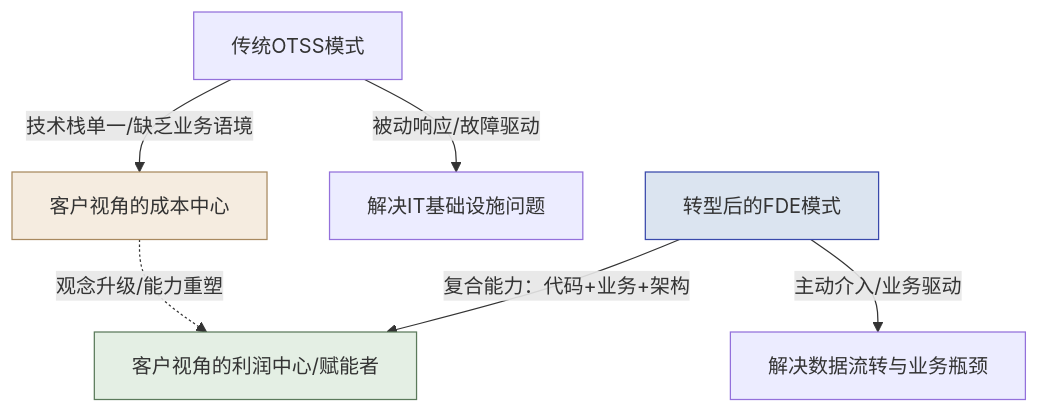
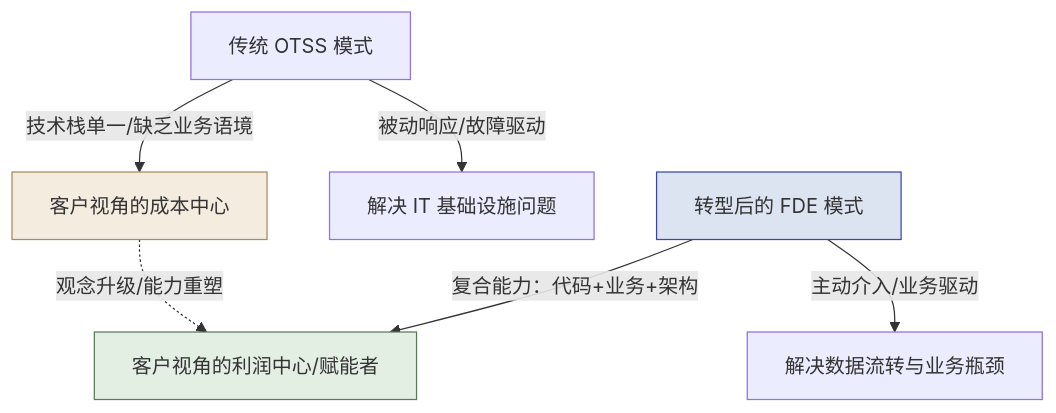
One commit to cloudzun/fde-course changed the third of 4 diagrams in textbook/第13章_中国云服务商的FDE实践图谱.md. Above: the diagram before and after it, drawn with Mermaid. The commit also changed other lines of this file and 25 other files, not shown here.

````diff
--- a/textbook/第13章_中国云服务商的FDE实践图谱.md
+++ b/textbook/第13章_中国云服务商的FDE实践图谱.md
@@ -174,14 +174,14 @@
 ```mermaid
 graph TD
-    otss["传统OTSS模式"] -->|被动响应/故障驱动| it["解决IT基础设施问题"]
+    otss["传统 OTSS 模式"] -->|被动响应/故障驱动| it["解决 IT 基础设施问题"]
     otss -->|技术栈单一/缺乏业务语境| cost["客户视角的成本中心"]
     
-    fde_m["转型后的FDE模式"] -->|主动介入/业务驱动| biz["解决数据流转与业务瓶颈"]
+    fde_m["转型后的 FDE 模式"] -->|主动介入/业务驱动| biz["解决数据流转与业务瓶颈"]
     fde_m -->|复合能力：代码+业务+架构| profit["客户视角的利润中心/赋能者"]
     
     cost -.->|"观念升级/能力重塑"| profit
 
     style cost fill:#f5ece0,stroke:#a8895f
     style profit fill:#e4efe4,stroke:#5b7a5b
     style fde_m fill:#dbe4f0,stroke:#3949ab
 ```
````
